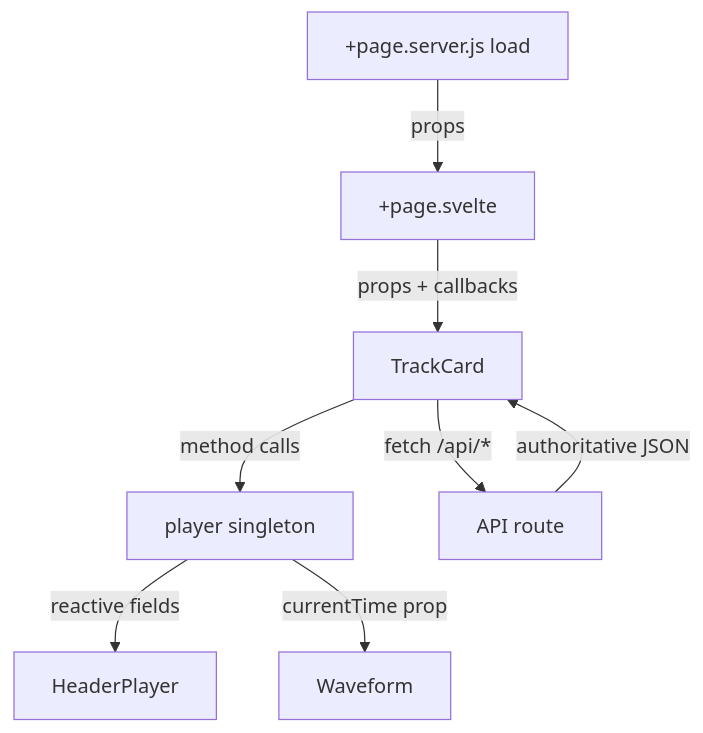
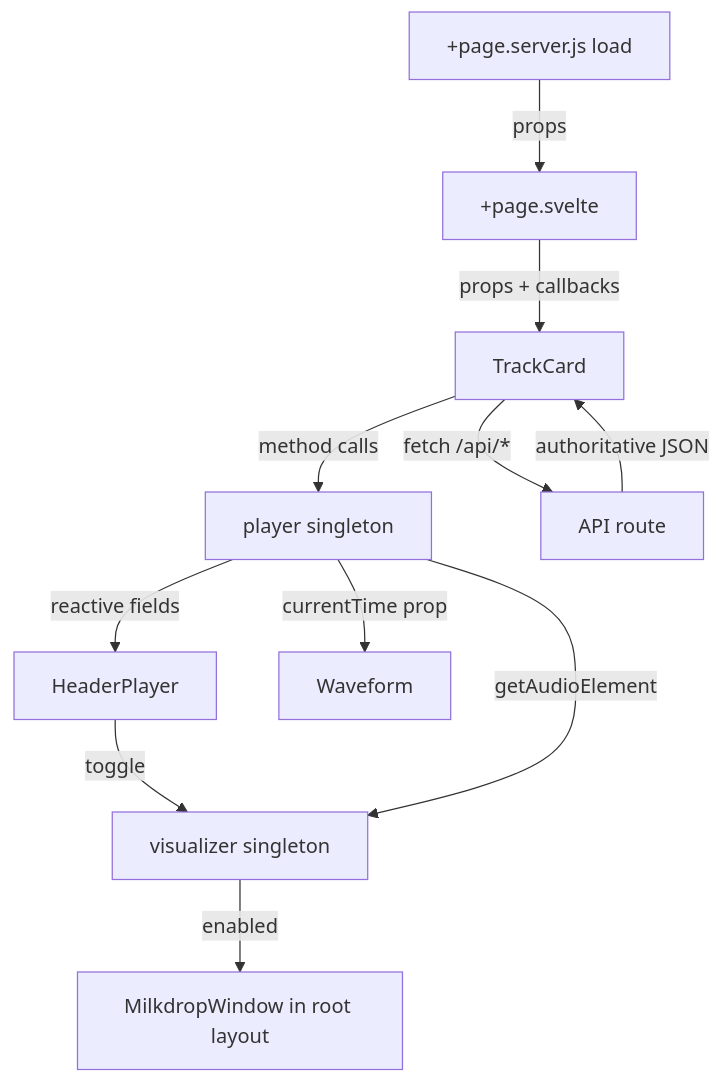
The diagram in docs/reactivity.md (spreadsheetsusa/sndbnk), drawn with Mermaid before and after one commit. The commit also changed other lines of this file and 31 other files, not shown here.

First line of the commit message:
feat: integrate Milkdrop visualizer and enhance audio playback experience

````diff
--- a/docs/reactivity.md
+++ b/docs/reactivity.md
@@ -199,10 +199,13 @@
 ```mermaid
 flowchart TD
   load["+page.server.js load"] -->|"props"| page["+page.svelte"]
   page -->|"props + callbacks"| card["TrackCard"]
   card -->|"method calls"| player["player singleton"]
   player -->|"reactive fields"| bar["HeaderPlayer"]
   player -->|"currentTime prop"| wave["Waveform"]
+  bar -->|"toggle"| viz["visualizer singleton"]
+  viz -->|"enabled"| milk["MilkdropWindow in root layout"]
+  player -->|"getAudioElement"| viz
   card -->|"fetch /api/*"| api["API route"]
   api -->|"authoritative JSON"| card
 ```
````
